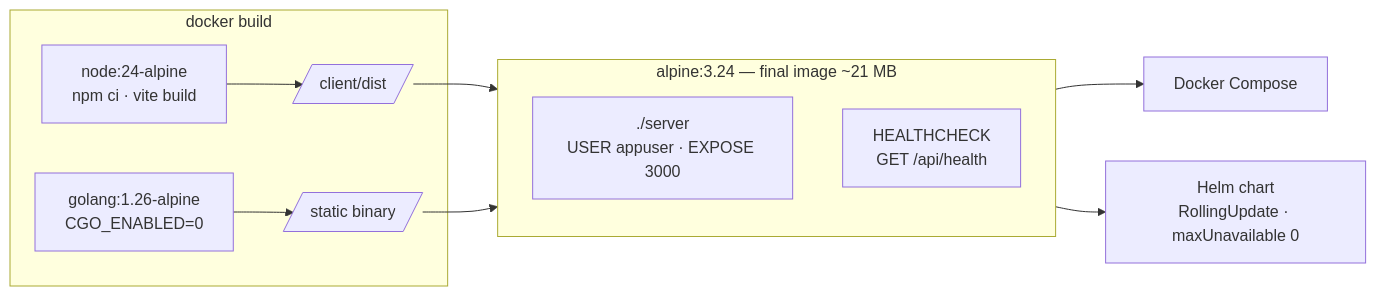
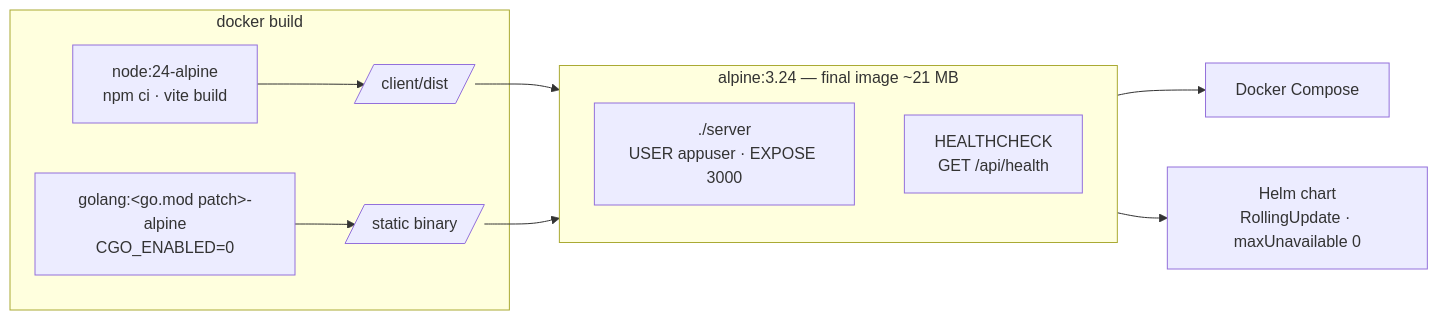
One commit to schaurian/schautrack changed the eighth of 8 diagrams in docs/architecture.md. Above: the diagram before and after it, drawn with Mermaid. The commit also changed 4 other files, not shown here.

````diff
--- a/docs/architecture.md
+++ b/docs/architecture.md
@@ -422,19 +422,19 @@
 ```mermaid
 flowchart LR
     subgraph build [docker build]
         n["node:24-alpine<br/>npm ci · vite build"] --> dist[/"client/dist"/]
-        g["golang:1.26-alpine<br/>CGO_ENABLED=0"] --> bin[/"static binary"/]
+        g["golang:&lt;go.mod patch&gt;-alpine<br/>CGO_ENABLED=0"] --> bin[/"static binary"/]
     end
 
     dist --> final
     bin --> final
 
     subgraph final ["alpine:3.24 — final image ~21 MB"]
         direction TB
         run["./server<br/>USER appuser · EXPOSE 3000"]
         hc["HEALTHCHECK<br/>GET /api/health"]
     end
 
     final --> compose["Docker Compose"]
     final --> helm["Helm chart<br/>RollingUpdate · maxUnavailable 0"]
 ```
````
